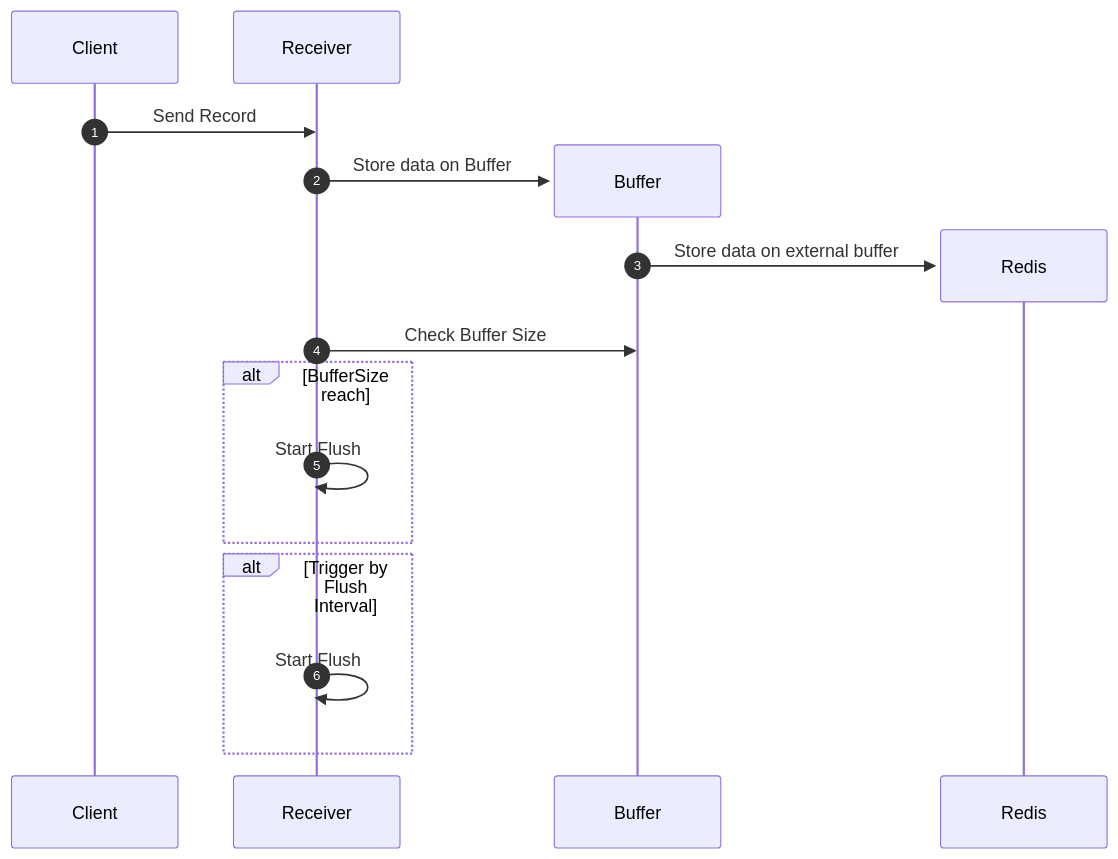
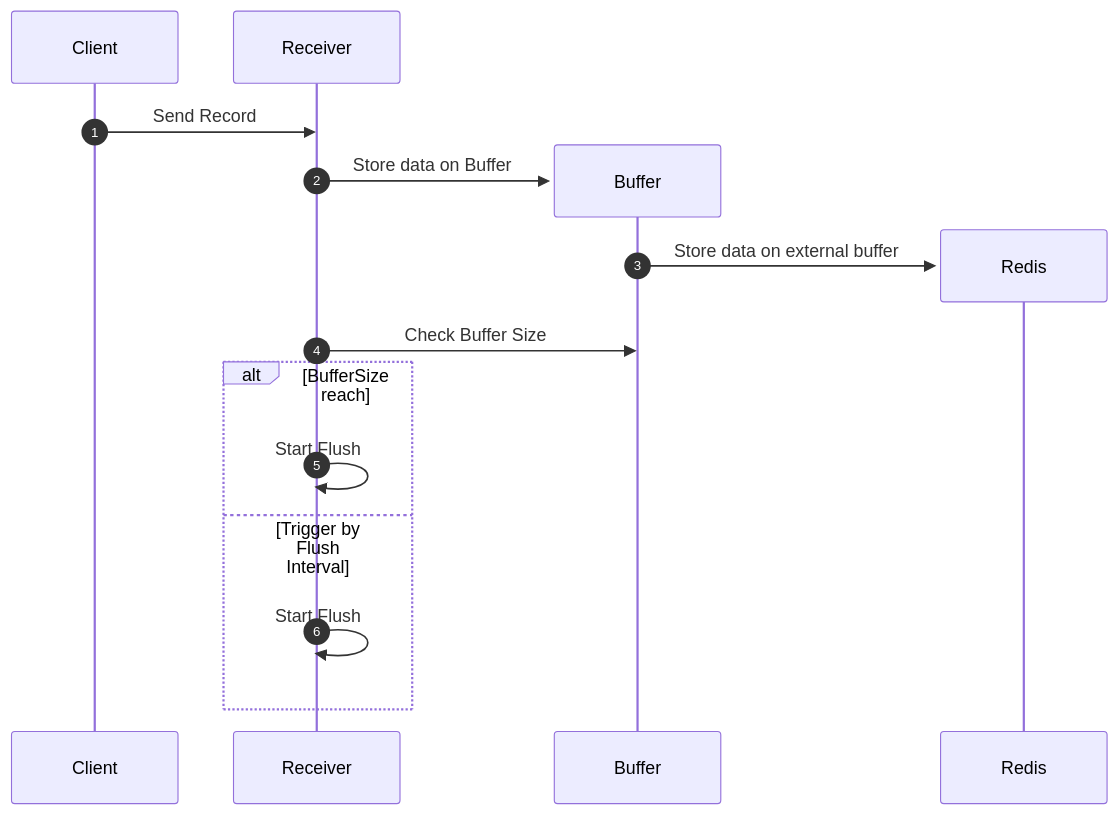
Before and after one commit to RafaelFino/Data2Parquet-go: the first of 2 diagrams in README.md, drawn with Mermaid. The commit also changed other lines of this file, not shown here.

````diff
--- a/README.md
+++ b/README.md
@@ -8,21 +8,20 @@
 ```mermaid
 sequenceDiagram
 	autonumber
     participant Client
     participant Receiver    
 
     Client->>Receiver: Send Record
 	create participant Buffer
     Receiver->>Buffer: Store data on Buffer
 	
 	create participant Redis
 	Buffer->>Redis: Store data on external buffer
     
 	Receiver->>Buffer: Check Buffer Size
 	alt BufferSize reach
 		Receiver->>Receiver: Start Flush
-	end
-	alt Trigger by Flush Interval
+	else Trigger by Flush Interval
 		Receiver->>Receiver: Start Flush
     end
 ```
````
